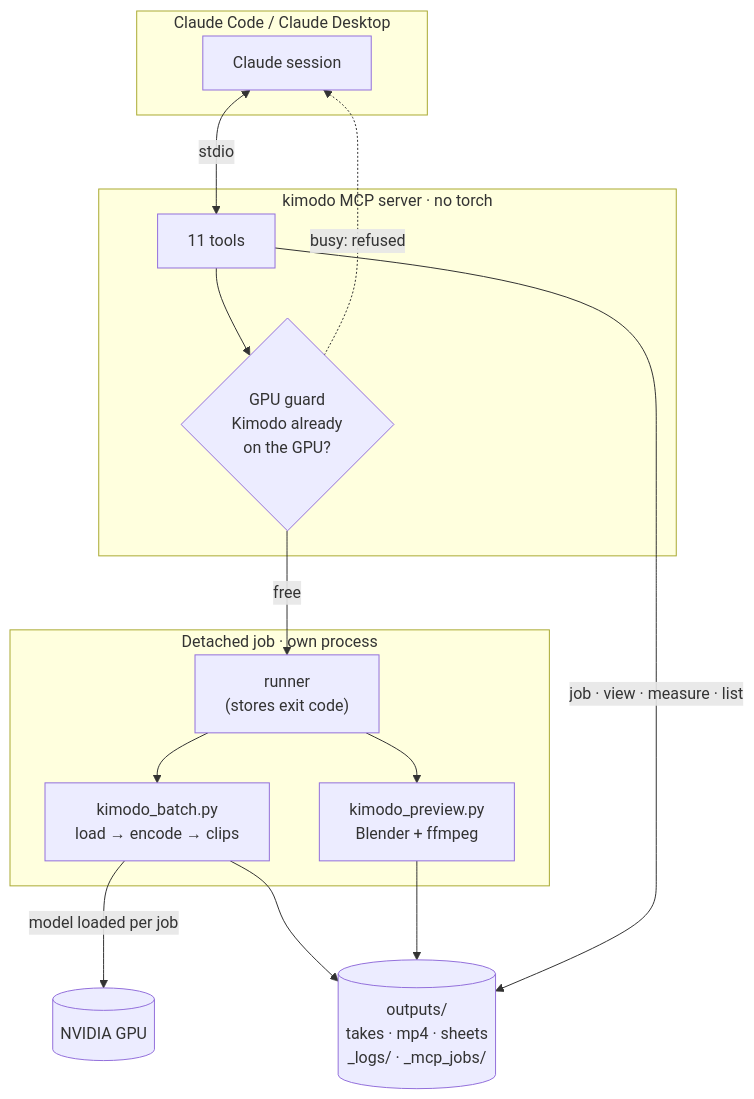
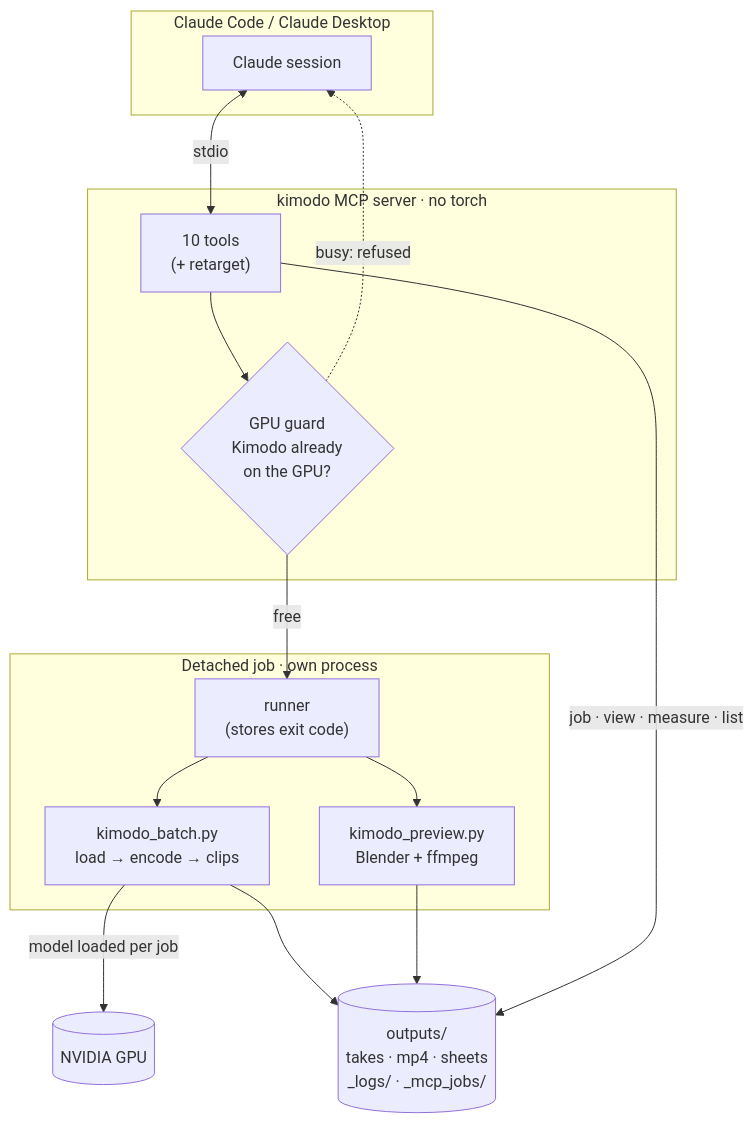
One commit to alivnal/kimodo-mcp changed the first of 3 diagrams in README.md. Above: the diagram before and after it, drawn with Mermaid. The commit also changed other lines of this file and 22 other files, not shown here.

````diff
--- a/README.md
+++ b/README.md
@@ -57,27 +58,27 @@
 ```mermaid
 flowchart TB
     subgraph host["Claude Code / Claude Desktop"]
         A["Claude session"]
     end
     subgraph server["kimodo MCP server · no torch"]
-        T["11 tools"]
+        T["10 tools<br/>(+ retarget)"]
         G{"GPU guard<br/>Kimodo already<br/>on the GPU?"}
     end
     subgraph jobs["Detached job · own process"]
         R["runner<br/>(stores exit code)"]
         B["kimodo_batch.py<br/>load → encode → clips"]
         P["kimodo_preview.py<br/>Blender + ffmpeg"]
     end
     GPU[("NVIDIA GPU")]
     FS[("outputs/<br/>takes · mp4 · sheets<br/>_logs/ · _mcp_jobs/")]
 
     A <-->|stdio| T
     T --> G
     G -->|"free"| R
     G -.->|"busy: refused"| A
     R --> B & P
     B -->|"model loaded per job"| GPU
     B --> FS
     P --> FS
     T -->|"job · view · measure · list"| FS
 ```
````
